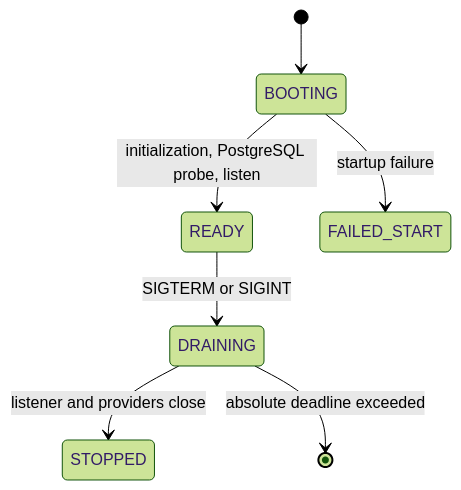
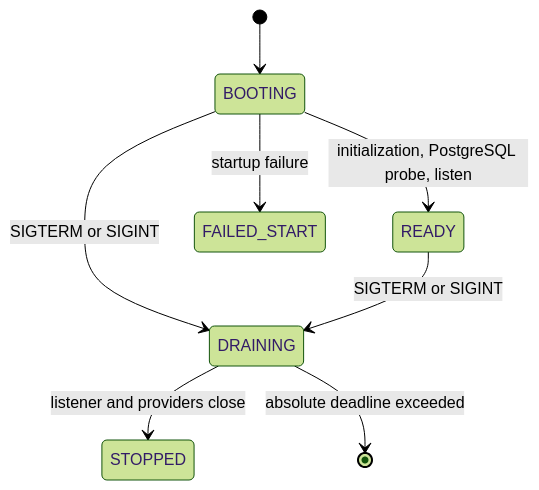
Before and after one commit to Sye-1321/nestjs-production-starter: the first of 2 diagrams in README.md, drawn with Mermaid (forest theme). The commit also changed other lines of this file, not shown here.

````diff
--- a/README.md
+++ b/README.md
@@ -38,9 +31,10 @@
 ```mermaid
 stateDiagram-v2
   [*] --> BOOTING
   BOOTING --> READY: initialization, PostgreSQL probe, listen
   BOOTING --> FAILED_START: startup failure
+  BOOTING --> DRAINING: SIGTERM or SIGINT
   READY --> DRAINING: SIGTERM or SIGINT
   DRAINING --> STOPPED: listener and providers close
   DRAINING --> [*]: absolute deadline exceeded
 ```
````
